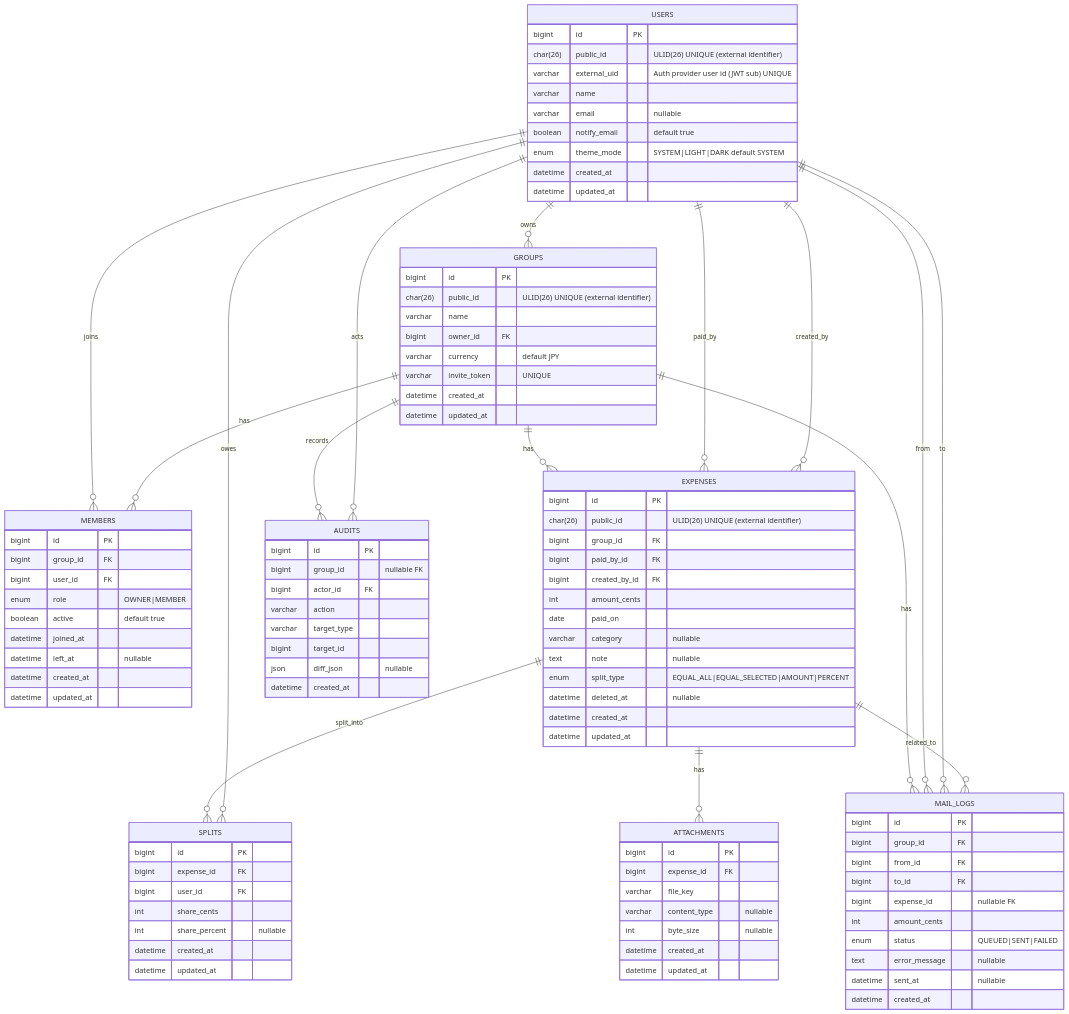
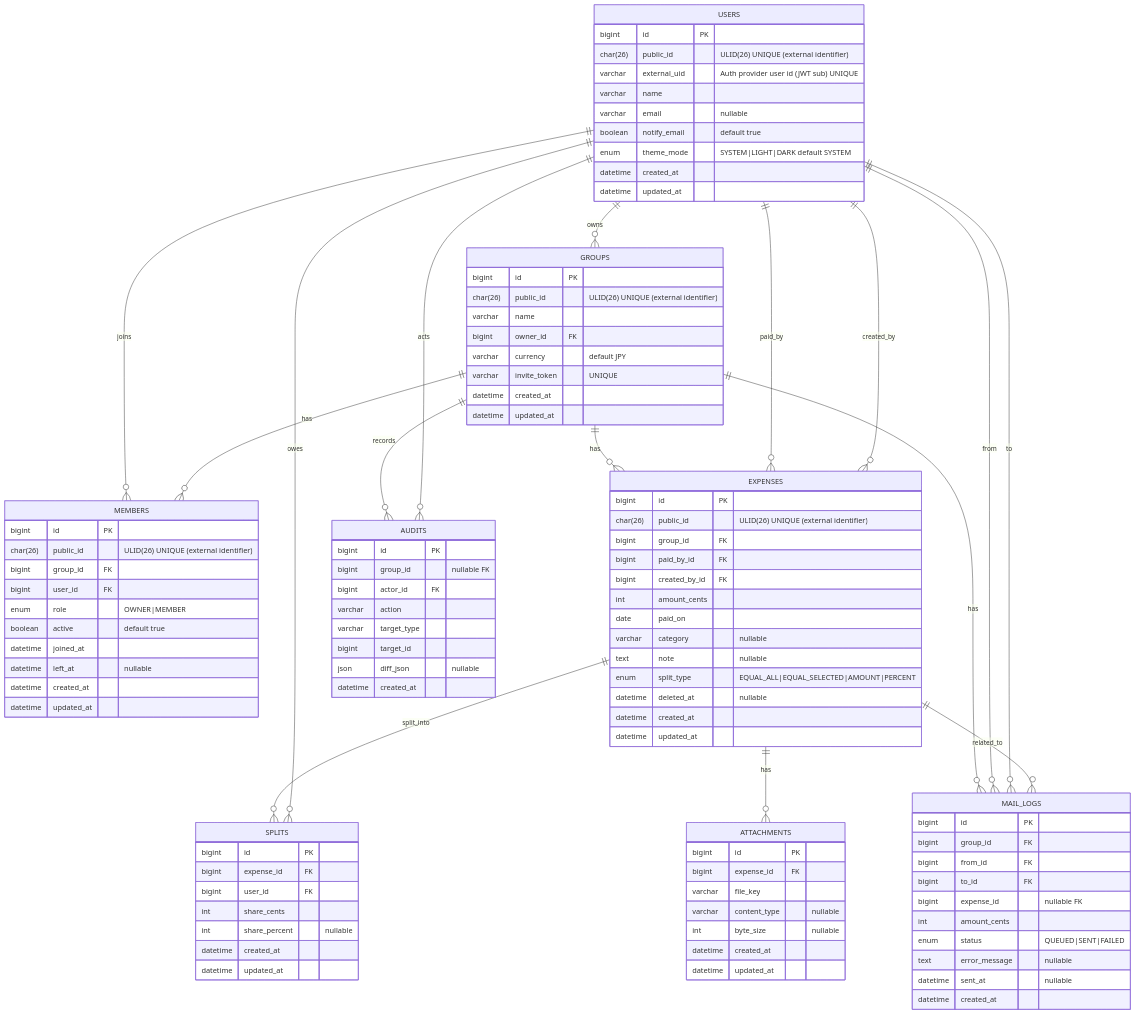
One commit to Kazuya-Sakashita/splitto changed the diagram in doc/er-diagram.md. Above: the diagram before and after it, drawn with Mermaid. The commit also changed other lines of this file, not shown here.

Commit message:
docs: MEMBERSにpublic_id追加をER図ドキュメントに反映

```diff
--- a/doc/er-diagram.md
+++ b/doc/er-diagram.md
@@ -46,6 +46,7 @@
 
   MEMBERS {
     bigint id PK
+    char(26) public_id "ULID(26) UNIQUE (external identifier)"
     bigint group_id FK
     bigint user_id FK
     enum role "OWNER|MEMBER"
```
